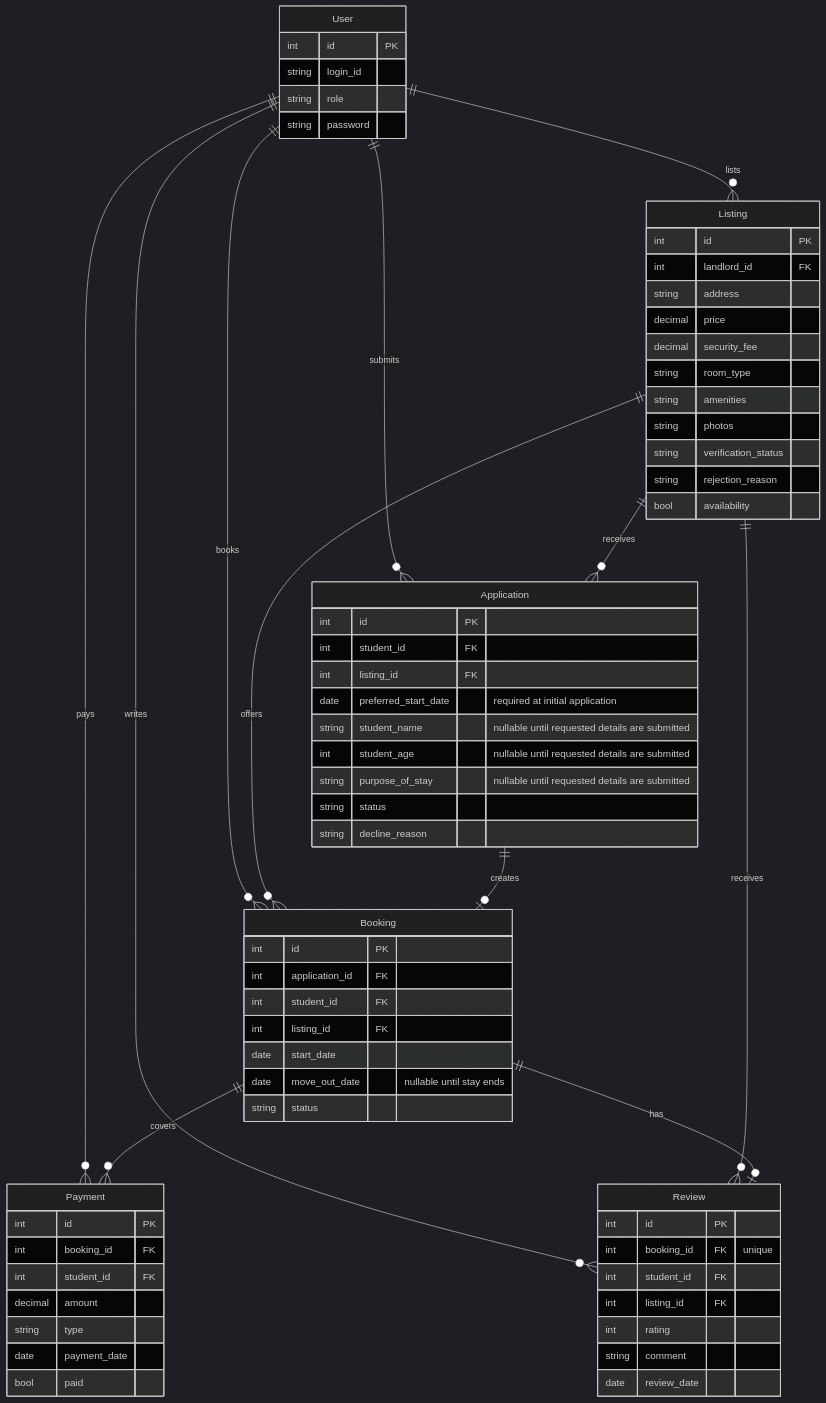
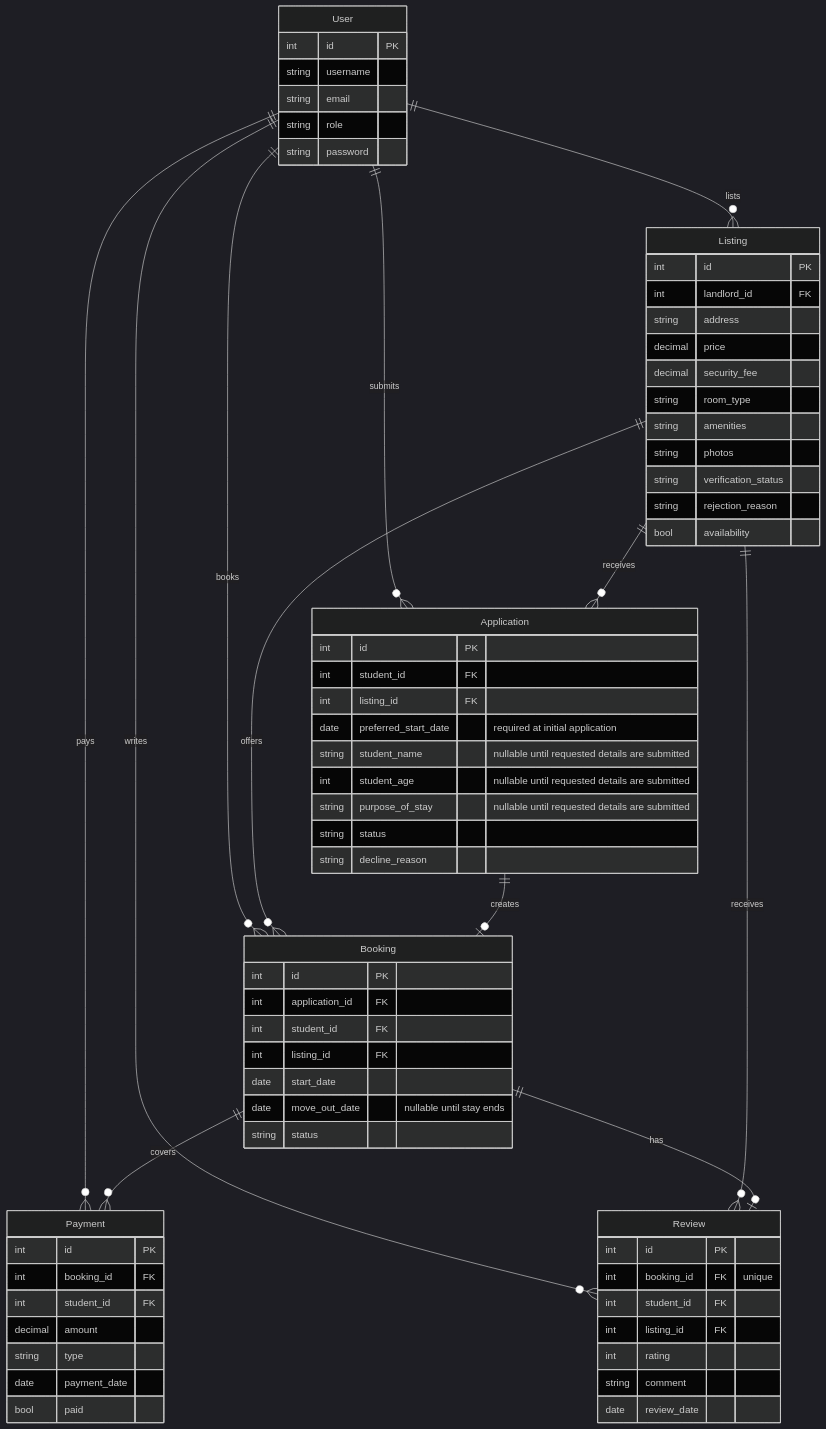
Before and after one commit to StephanHolder/COMP3613A1-student-accomodation: the diagram in docs/report.md, drawn with Mermaid (dark theme). The commit also changed other lines of this file, not shown here.

````diff
--- a/docs/report.md
+++ b/docs/report.md
@@ -31,79 +31,80 @@
 ```mermaid
 erDiagram
   User {
     int id PK
-    string login_id
+    string username
+    string email
     string role
     string password
   }
 
   Listing {
     int id PK
     int landlord_id FK
     string address
     decimal price
     decimal security_fee
     string room_type
     string amenities
     string photos
     string verification_status
     string rejection_reason
     bool availability
   }
 
   Application {
     int id PK
     int student_id FK
     int listing_id FK
     date preferred_start_date "required at initial application"
     string student_name "nullable until requested details are submitted"
     int student_age "nullable until requested details are submitted"
     string purpose_of_stay "nullable until requested details are submitted"
     string status
     string decline_reason
   }
 
   Booking {
     int id PK
     int application_id FK
     int student_id FK
     int listing_id FK
     date start_date
     date move_out_date "nullable until stay ends"
     string status
   }
 
   Payment {
     int id PK
     int booking_id FK
     int student_id FK
     decimal amount
     string type
     date payment_date
     bool paid
   }
 
   Review {
     int id PK
     int booking_id FK "unique"
     int student_id FK
     int listing_id FK
     int rating
     string comment
     date review_date
   }
 
   User ||--o{ Listing : lists
   User ||--o{ Application : submits
   User ||--o{ Booking : books
   User ||--o{ Payment : pays
   User ||--o{ Review : writes
 
   Listing ||--o{ Application : receives
   Listing ||--o{ Booking : offers
   Listing ||--o{ Review : receives
 
   Application ||--o| Booking : creates
   Booking ||--o{ Payment : covers
   Booking ||--o| Review : has
 ```
````
